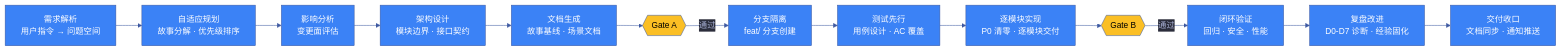
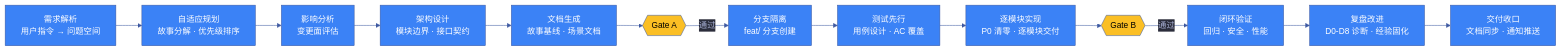
Before and after one commit to effiy/YrY: the fourth of 7 diagrams in cdn/yry-arch/scenes/故事任务.md, drawn with Mermaid. The commit also changed other lines of this file and 1028 other files, not shown here.

````diff
--- a/cdn/yry-arch/scenes/故事任务.md
+++ b/cdn/yry-arch/scenes/故事任务.md
@@ -279,26 +280,26 @@
 ```mermaid
 %%{init: {'theme': 'base', 'themeVariables': {
   'primaryColor': '#1e1f2b',
   'primaryTextColor': '#a9b1d6',
   'primaryBorderColor': '#3d59a1',
   'lineColor': '#3d59a1',
   'secondaryColor': '#2b2d3b',
   'tertiaryColor': '#21232f'
 }}}%%
 flowchart LR
     S1["需求解析<br/>用户指令 → 问题空间"]:::stage --> S2["自适应规划<br/>故事分解 · 优先级排序"]:::stage
     S2 --> S3["影响分析<br/>变更面评估"]:::stage
     S3 --> S4["架构设计<br/>模块边界 · 接口契约"]:::stage
     S4 --> S5["文档生成<br/>故事基线 · 场景文档"]:::stage
     S5 --> G1{{"Gate A"}}:::gate
     G1 -->|"通过"| S6["分支隔离<br/>feat/ 分支创建"]:::stage
     S6 --> S7["测试先行<br/>用例设计 · AC 覆盖"]:::stage
     S7 --> S8["逐模块实现<br/>P0 清零 · 逐模块交付"]:::stage
     S8 --> G2{{"Gate B"}}:::gate
     G2 -->|"通过"| S9["闭环验证<br/>回归 · 安全 · 性能"]:::stage
-    S9 --> S10["复盘改进<br/>D0-D7 诊断 · 经验固化"]:::stage
+    S9 --> S10["复盘改进<br/>D0-D8 诊断 · 经验固化"]:::stage
     S10 --> S11["交付收口<br/>文档同步 · 通知推送"]:::stage
 
     classDef stage fill:#3B82F6,color:#fff
     classDef gate fill:#fbbf24,color:#000
 ```
````
